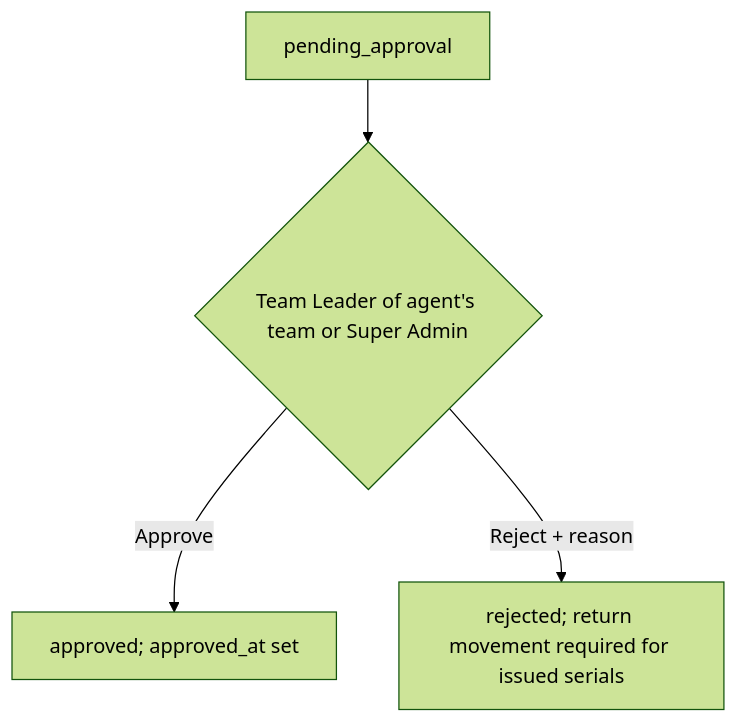
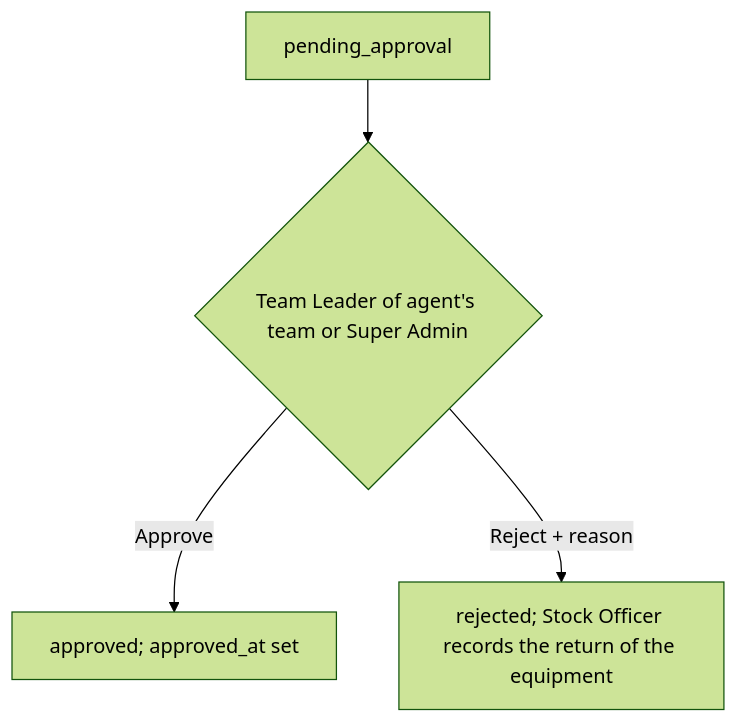
Before and after one commit to sakariyeqaalib001-alt/Outdoor-: the fourth of 5 diagrams in docs/02-design/Sogasho_Outdoor_Field_Sales_Audit_System_SDD_v1.5.md, drawn with Mermaid (forest theme). The commit also changed other lines of this file and 22 other files, not shown here.

````diff
--- a/docs/02-design/Sogasho_Outdoor_Field_Sales_Audit_System_SDD_v1.5.md
+++ b/docs/02-design/Sogasho_Outdoor_Field_Sales_Audit_System_SDD_v1.5.md
@@ -464,6 +464,6 @@
 ```mermaid
 flowchart TD
     A[pending_approval] --> B{Team Leader of agent's team or Super Admin}
     B -->|Approve| C[approved; approved_at set]
-    B -->|Reject + reason| D[rejected; return movement required for issued serials]
+    B -->|Reject + reason| D[rejected; Stock Officer records the return of the equipment]
 ```
````
